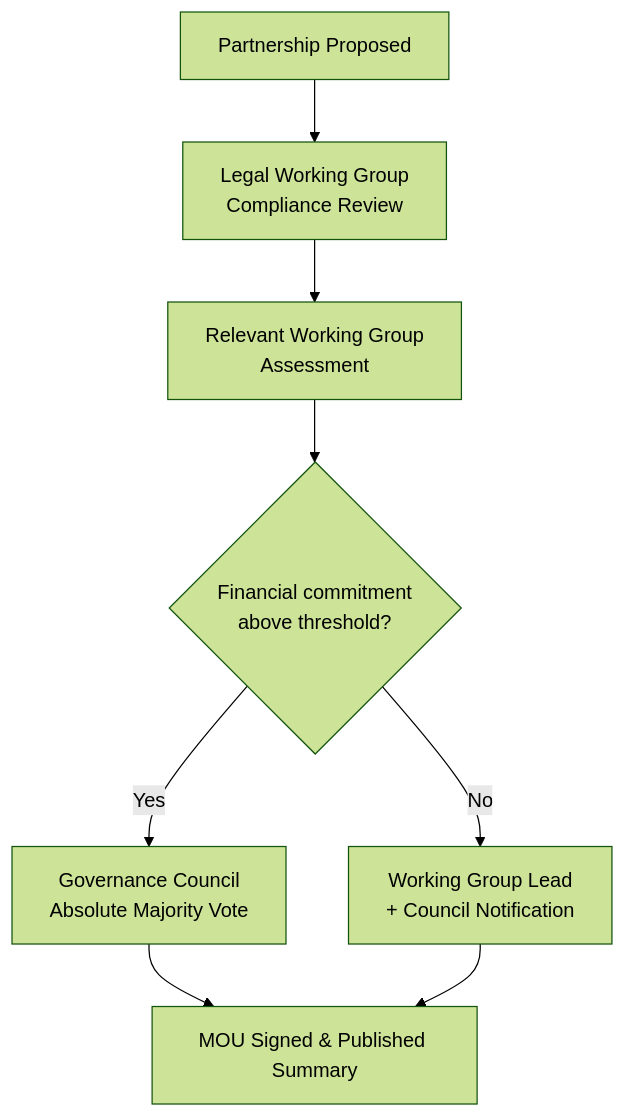
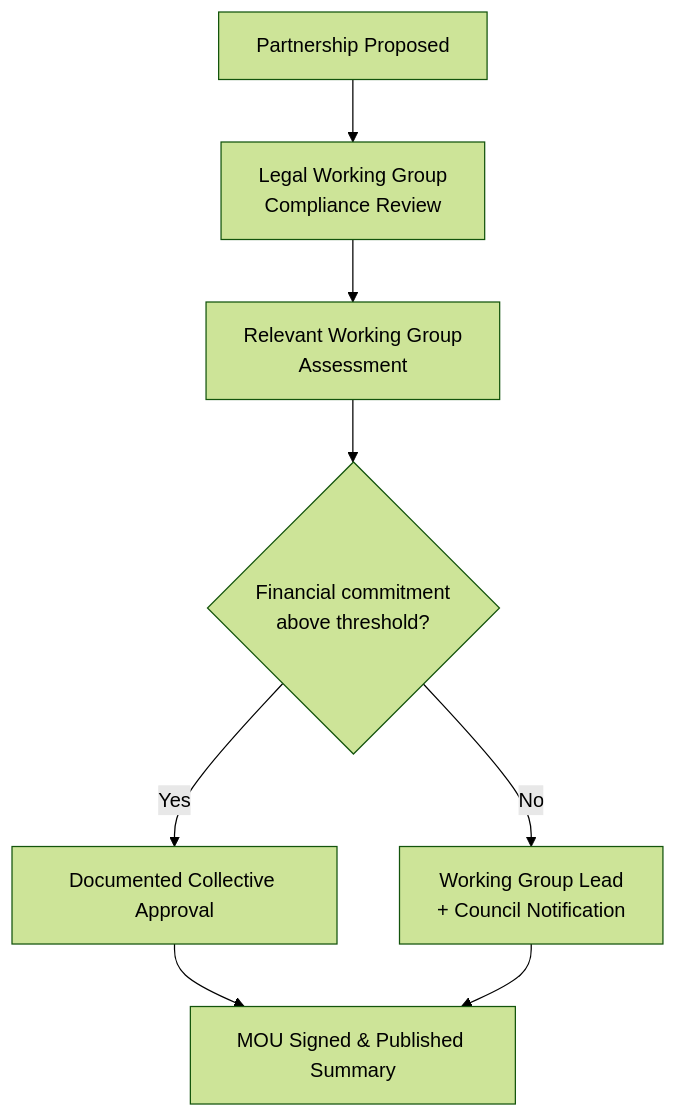
One commit to Celo-HaiTi/celoht-docs changed the fourth of 6 diagrams in GOVERNANCE.md. Above: the diagram before and after it, drawn with Mermaid (forest theme). The commit also changed other lines of this file and 27 other files, not shown here.

````diff
--- a/GOVERNANCE.md
+++ b/GOVERNANCE.md
@@ -581,10 +573,10 @@
 ```mermaid
 flowchart TD
     P1[Partnership Proposed] --> P2[Legal Working Group<br/>Compliance Review]
     P2 --> P3[Relevant Working Group<br/>Assessment]
     P3 --> P4{Financial commitment<br/>above threshold?}
-    P4 -- Yes --> P5[Governance Council<br/>Absolute Majority Vote]
+    P4 -- Yes --> P5[Documented Collective Approval]
     P4 -- No --> P6[Working Group Lead<br/>+ Council Notification]
     P5 --> P7[MOU Signed & Published Summary]
     P6 --> P7
 ```
````
